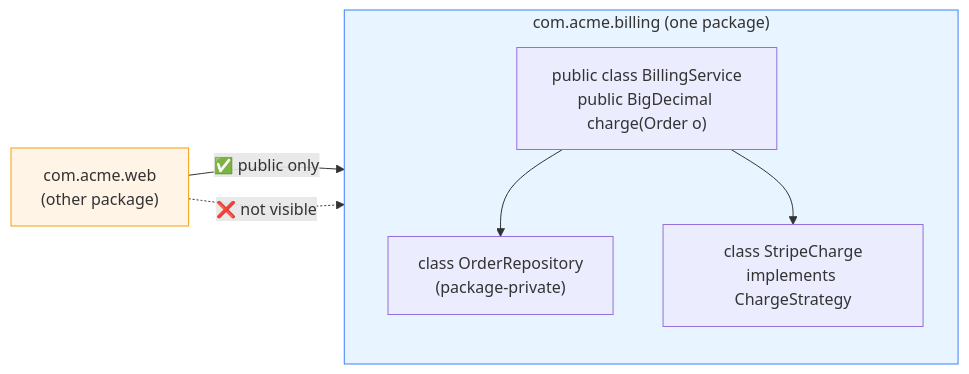
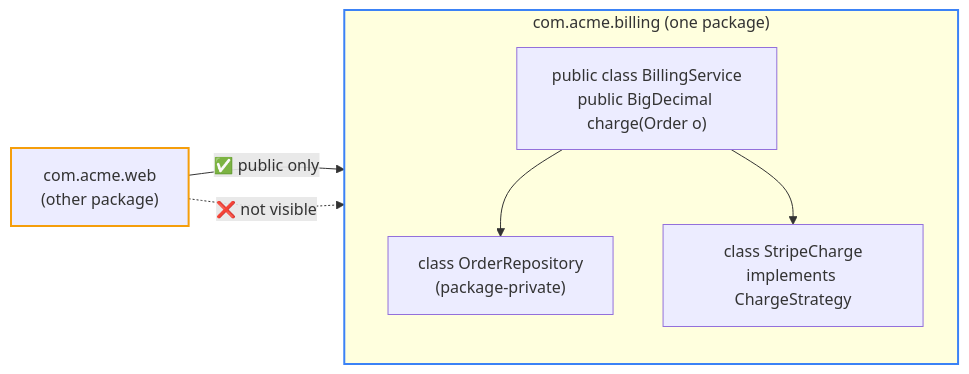
The diagram in CORE_JAVA/01-Core-Java-OOP/02-OOP-Access-Modifiers.md (Aritradutta2002/JAVA-MASTERCLASS), drawn with Mermaid before and after one commit. The commit also changed 39 other files, not shown here.

Commit message:
fix(mermaid): resolve diagram syntax errors, isolate client-side rendering errors, and add automated mermaid verification

````diff
--- a/CORE_JAVA/01-Core-Java-OOP/02-OOP-Access-Modifiers.md
+++ b/CORE_JAVA/01-Core-Java-OOP/02-OOP-Access-Modifiers.md
@@ -297,16 +297,16 @@
 ```mermaid
 graph LR
     subgraph pkg["com.acme.billing (one package)"]
         direction TB
         Svc["public class BillingService<br/>public BigDecimal charge(Order o)"]
         Repo["class OrderRepository<br/>(package-private)"]
         Impl["class StripeCharge<br/>implements ChargeStrategy"]
         Svc --> Repo
         Svc --> Impl
     end
     Ext["com.acme.web<br/>(other package)"]
     Ext -->|"✅ public only"| Svc
     Ext -.->|"❌ not visible"| Repo
-    style pkg fill:#e8f4ff,stroke:#3b82f6
-    style Ext fill:#fff4e6,stroke:#f59e0b
+    style pkg stroke:#3b82f6,stroke-width:2px
+    style Ext stroke:#f59e0b,stroke-width:2px
 ```
````
